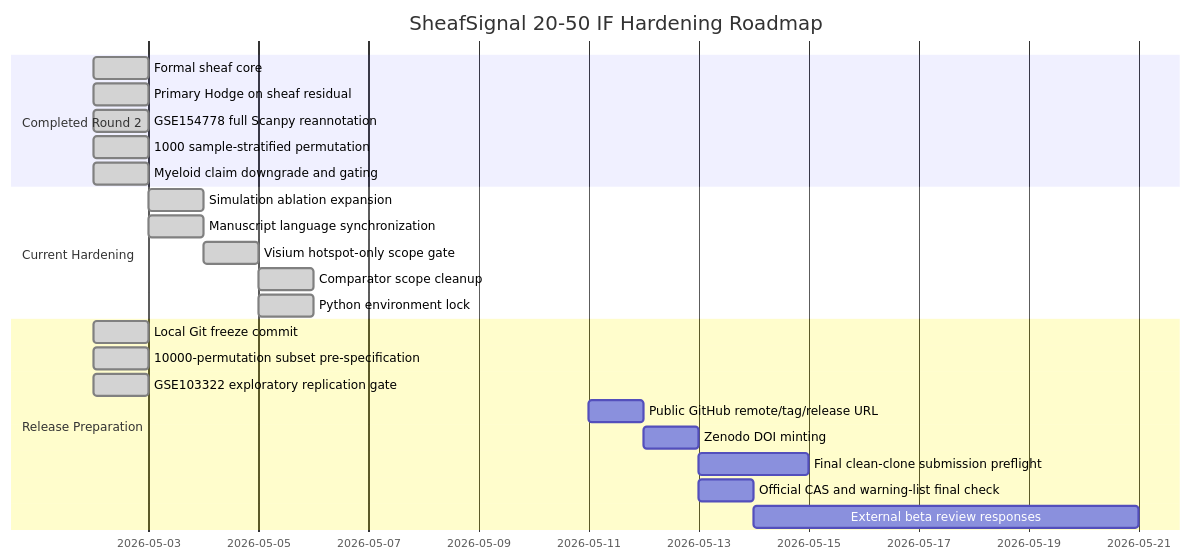
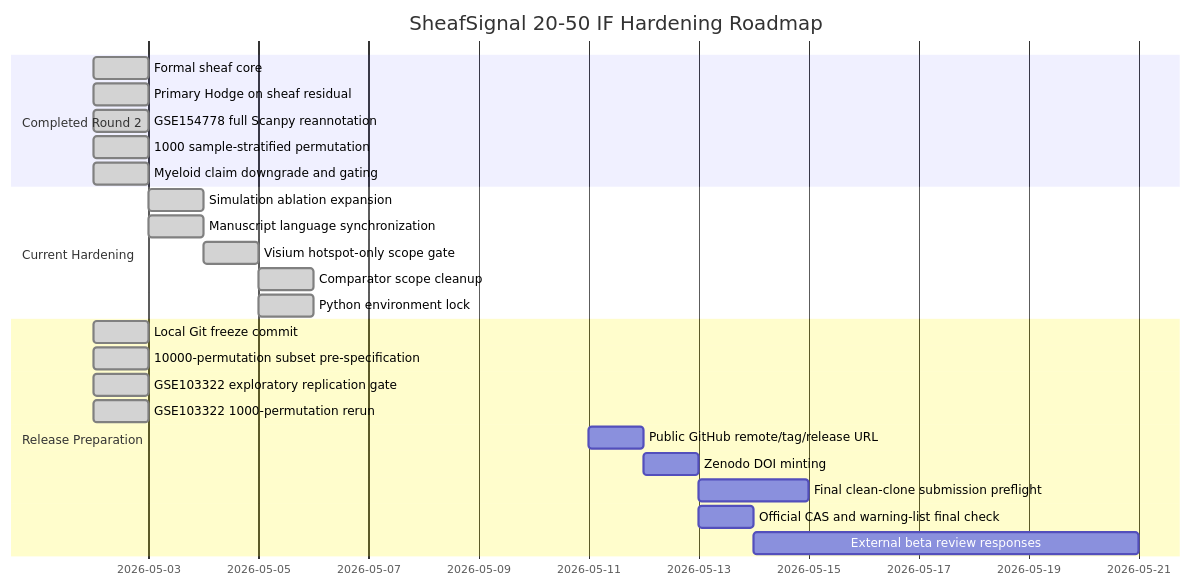
One commit to healthgreat/SheafSignal changed the diagram in manuscript/SHEAFSIGNAL_STATUS_DASHBOARD_2026-05-02.md. Above: the diagram before and after it, drawn with Mermaid. The commit also changed other lines of this file and 27 other files, not shown here.

Commit message:
Complete GSE103322 replication rerun

````diff
--- a/manuscript/SHEAFSIGNAL_STATUS_DASHBOARD_2026-05-02.md
+++ b/manuscript/SHEAFSIGNAL_STATUS_DASHBOARD_2026-05-02.md
@@ -47,29 +47,30 @@
 ```mermaid
 gantt
     title SheafSignal 20-50 IF Hardening Roadmap
     dateFormat  YYYY-MM-DD
 
     section Completed Round 2
     Formal sheaf core                           :done, 2026-05-02, 1d
     Primary Hodge on sheaf residual             :done, 2026-05-02, 1d
     GSE154778 full Scanpy reannotation          :done, 2026-05-02, 1d
     1000 sample-stratified permutation          :done, 2026-05-02, 1d
     Myeloid claim downgrade and gating          :done, 2026-05-02, 1d
 
     section Current Hardening
     Simulation ablation expansion               :done, 2026-05-03, 1d
     Manuscript language synchronization         :done, 2026-05-03, 1d
     Visium hotspot-only scope gate               :done, 2026-05-04, 1d
     Comparator scope cleanup                     :done, 2026-05-05, 1d
     Python environment lock                      :done, 2026-05-05, 1d
 
     section Release Preparation
     Local Git freeze commit                      :done, 2026-05-02, 1d
     10000-permutation subset pre-specification    :done, 2026-05-02, 1d
     GSE103322 exploratory replication gate        :done, 2026-05-02, 1d
+    GSE103322 1000-permutation rerun             :done, 2026-05-02, 1d
     Public GitHub remote/tag/release URL         :2026-05-11, 1d
     Zenodo DOI minting                           :2026-05-12, 1d
     Final clean-clone submission preflight       :2026-05-13, 2d
     Official CAS and warning-list final check    :2026-05-13, 1d
     External beta review responses               :2026-05-14, 7d
 ```
````
